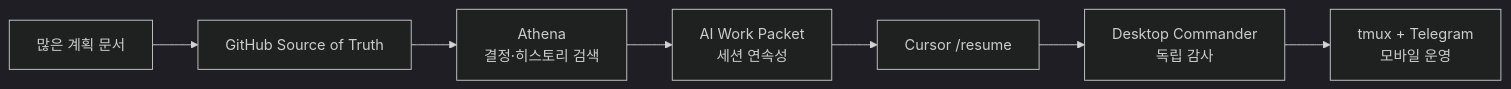
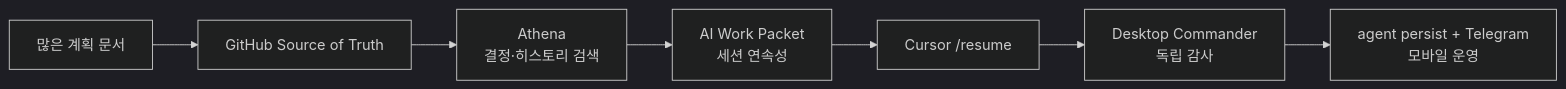
One commit to datarelay-labs/engineering-system-docs changed the diagram in ko/evolution.mdx. Above: the diagram before and after it, drawn with Mermaid (dark theme). The commit also changed other lines of this file and 5 other files, not shown here.

```diff
--- a/ko/evolution.mdx
+++ b/ko/evolution.mdx
@@ -28,9 +28,9 @@
 ~~~mermaid
 flowchart LR
     A["많은 계획 문서"] --> B["GitHub Source of Truth"]
     B --> C["Athena<br/>결정·히스토리 검색"]
     C --> D["AI Work Packet<br/>세션 연속성"]
     D --> E["Cursor /resume"]
     E --> F["Desktop Commander<br/>독립 감사"]
-    F --> G["tmux + Telegram<br/>모바일 운영"]
+    F --> G["agent persist + Telegram<br/>모바일 운영"]
 ~~~
```
